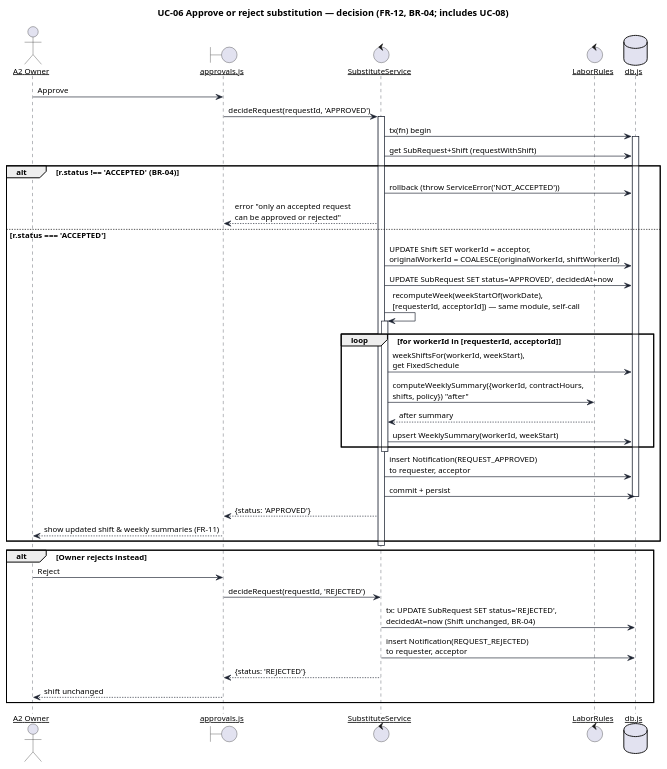
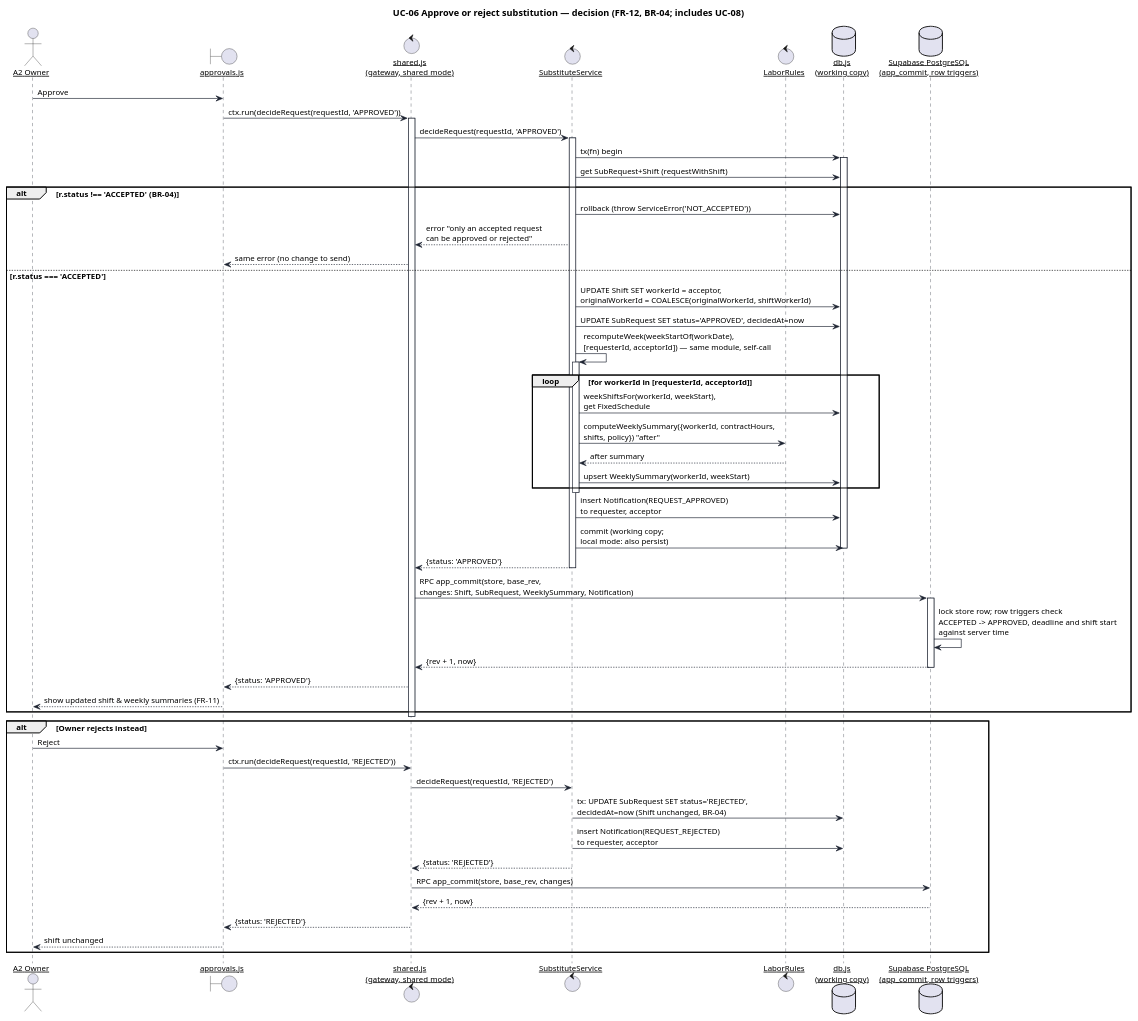
The diagram in uml/src/seq-3-approve-decide.puml (keemlogan/shiftswap), drawn with PlantUML before and after one commit. The commit also changed 64 other files, not shown here.

First line of the commit message:
UML and screenshots for iteration 8; S10 check of the BR-15 warning

```diff
--- a/uml/src/seq-3-approve-decide.puml
+++ b/uml/src/seq-3-approve-decide.puml
@@ -1,66 +1,82 @@
 @startuml seq-3-approve-decide
 skinparam defaultFontName "Helvetica"
 skinparam defaultFontSize 12
 skinparam shadowing false
 skinparam backgroundColor #FFFFFF
 skinparam sequenceArrowThickness 1
 skinparam sequenceParticipant underline
 skinparam participant {
   BackgroundColor #FFFFFF
   BorderColor #1C2230
 }
 skinparam sequence {
   LifeLineBorderColor #1C2230
   ArrowColor #1C2230
   BoxBorderColor #1C2230
 }
 
 title UC-06 Approve or reject substitution — decision (FR-12, BR-04; includes UC-08)
 
 actor "A2 Owner" as Owner
 boundary "approvals.js" as UI
+control "shared.js\n(gateway, shared mode)" as GW
 control "SubstituteService" as Svc
 control "LaborRules" as Rules
-database "db.js" as DB
+database "db.js\n(working copy)" as DB
+database "Supabase PostgreSQL\n(app_commit, row triggers)" as Srv
 
 Owner -> UI : Approve
-UI -> Svc : decideRequest(requestId, 'APPROVED')
+UI -> GW : ctx.run(decideRequest(requestId, 'APPROVED'))
+activate GW
+GW -> Svc : decideRequest(requestId, 'APPROVED')
 activate Svc
 Svc -> DB : tx(fn) begin
 activate DB
 Svc -> DB : get SubRequest+Shift (requestWithShift)
 
 alt r.status !== 'ACCEPTED' (BR-04)
   Svc -> DB : rollback (throw ServiceError('NOT_ACCEPTED'))
-  Svc --> UI : error "only an accepted request\ncan be approved or rejected"
+  Svc --> GW : error "only an accepted request\ncan be approved or rejected"
+  GW --> UI : same error (no change to send)
 else r.status === 'ACCEPTED'
   Svc -> DB : UPDATE Shift SET workerId = acceptor,\noriginalWorkerId = COALESCE(originalWorkerId, shiftWorkerId)
   Svc -> DB : UPDATE SubRequest SET status='APPROVED', decidedAt=now
 
   Svc -> Svc : recomputeWeek(weekStartOf(workDate),\n[requesterId, acceptorId]) — same module, self-call
   activate Svc
   loop for workerId in [requesterId, acceptorId]
     Svc -> DB : weekShiftsFor(workerId, weekStart),\nget FixedSchedule
     Svc -> Rules : computeWeeklySummary({workerId, contractHours,\nshifts, policy}) "after"
     Rules --> Svc : after summary
     Svc -> DB : upsert WeeklySummary(workerId, weekStart)
   end
   deactivate Svc
 
   Svc -> DB : insert Notification(REQUEST_APPROVED)\nto requester, acceptor
-  Svc -> DB : commit + persist
+  Svc -> DB : commit (working copy;\nlocal mode: also persist)
   deactivate DB
-  Svc --> UI : {status: 'APPROVED'}
+  Svc --> GW : {status: 'APPROVED'}
+  deactivate Svc
+  GW -> Srv : RPC app_commit(store, base_rev,\nchanges: Shift, SubRequest, WeeklySummary, Notification)
+  activate Srv
+  Srv -> Srv : lock store row; row triggers check\nACCEPTED -> APPROVED, deadline and shift start\nagainst server time
+  Srv --> GW : {rev + 1, now}
+  deactivate Srv
+  GW --> UI : {status: 'APPROVED'}
   UI --> Owner : show updated shift & weekly summaries (FR-11)
 end
-deactivate Svc
+deactivate GW
 
 alt Owner rejects instead
   Owner -> UI : Reject
-  UI -> Svc : decideRequest(requestId, 'REJECTED')
+  UI -> GW : ctx.run(decideRequest(requestId, 'REJECTED'))
+  GW -> Svc : decideRequest(requestId, 'REJECTED')
   Svc -> DB : tx: UPDATE SubRequest SET status='REJECTED',\ndecidedAt=now (Shift unchanged, BR-04)
   Svc -> DB : insert Notification(REQUEST_REJECTED)\nto requester, acceptor
-  Svc --> UI : {status: 'REJECTED'}
+  Svc --> GW : {status: 'REJECTED'}
+  GW -> Srv : RPC app_commit(store, base_rev, changes)
+  Srv --> GW : {rev + 1, now}
+  GW --> UI : {status: 'REJECTED'}
   UI --> Owner : shift unchanged
 end
 @enduml
```
